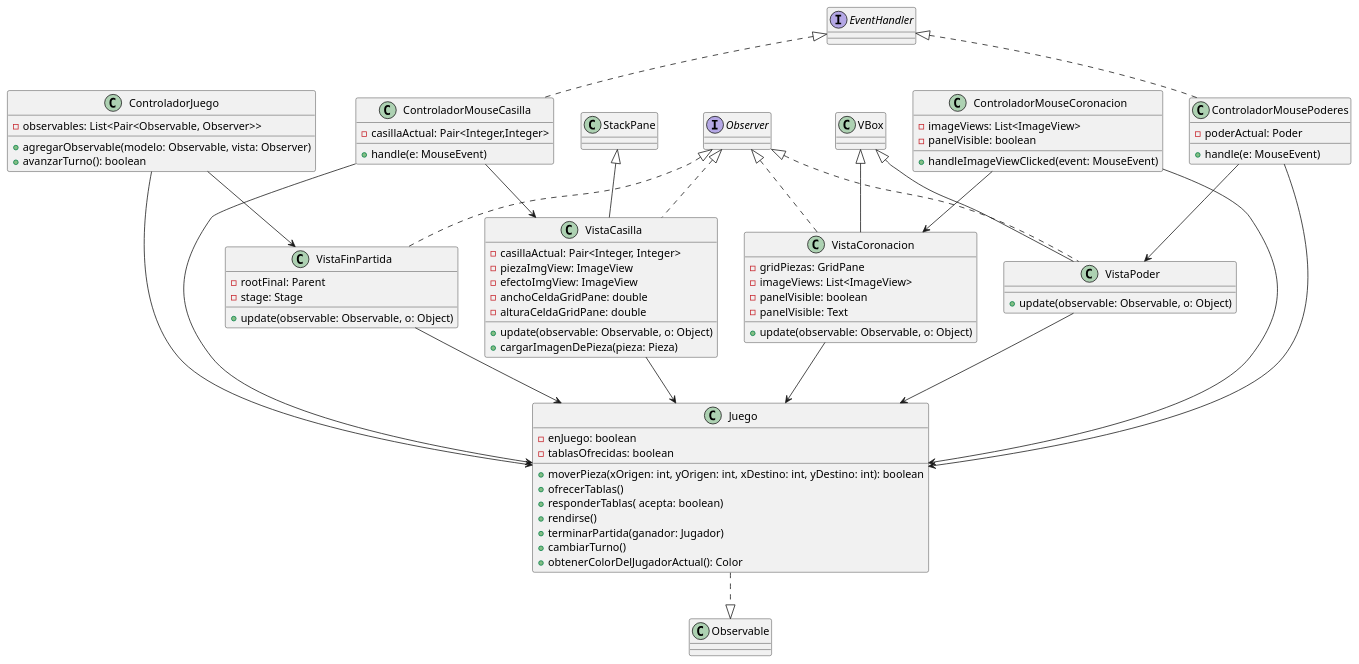
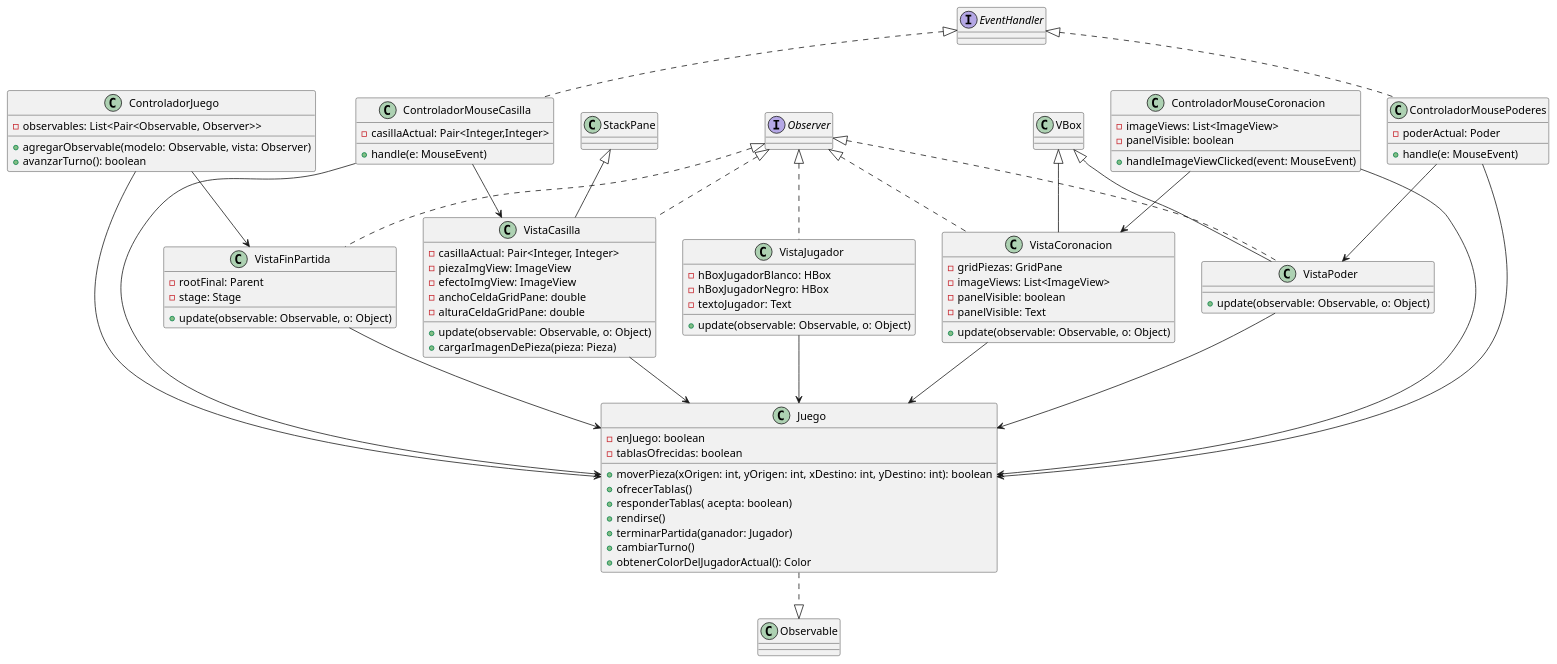
Before and after one commit to lorenzocabirta7/Object-Oriented-Ops: the diagram in PowerChess/diagrams/MVC.puml, drawn with PlantUML. The commit also changed 3 other files, not shown here.

```diff
--- a/PowerChess/diagrams/MVC.puml
+++ b/PowerChess/diagrams/MVC.puml
@@ -1,83 +1,94 @@
 @startuml
 'https://plantuml.com/class-diagram
 
 class ControladorJuego{
     - observables: List<Pair<Observable, Observer>>
     + agregarObservable(modelo: Observable, vista: Observer)
     + avanzarTurno(): boolean
 }
 
 class ControladorMouseCasilla implements EventHandler<MouseEvent>{
     - casillaActual: Pair<Integer,Integer>
     + handle(e: MouseEvent)
 }
 
 class ControladorMouseCoronacion{
     - imageViews: List<ImageView>
     - panelVisible: boolean
     + handleImageViewClicked(event: MouseEvent)
 }
 
 class ControladorMousePoderes implements EventHandler<MouseEvent> {
     - poderActual: Poder
     + handle(e: MouseEvent)
 }
 
 class VistaCasilla extends StackPane implements Observer {
     - casillaActual: Pair<Integer, Integer>
     - piezaImgView: ImageView
     - efectoImgView: ImageView
     - anchoCeldaGridPane: double
     - alturaCeldaGridPane: double
     + update(observable: Observable, o: Object)
     + cargarImagenDePieza(pieza: Pieza)
 }
 
 class VistaCoronacion extends VBox implements Observer {
     - gridPiezas: GridPane
     - imageViews: List<ImageView>
     - panelVisible: boolean
     - panelVisible: Text
     + update(observable: Observable, o: Object)
 }
 
 class VistaFinPartida implements Observer {
     - rootFinal: Parent
     - stage: Stage
     + update(observable: Observable, o: Object)
 }
 
 class VistaPoder extends VBox implements Observer {
     + update(observable: Observable, o: Object)
 }
 
 class Juego{
     - enJuego: boolean
     - tablasOfrecidas: boolean
     + moverPieza(xOrigen: int, yOrigen: int, xDestino: int, yDestino: int): boolean
     + ofrecerTablas()
     + responderTablas( acepta: boolean)
     + rendirse()
     + terminarPartida(ganador: Jugador)
     + cambiarTurno()
     + obtenerColorDelJugadorActual(): Color
 }
 
+
+class VistaJugador implements Observer{
+    - hBoxJugadorBlanco: HBox
+    - hBoxJugadorNegro: HBox
+    - textoJugador: Text
+    +update(observable: Observable, o: Object)
+
+}
+
+VistaJugador --> Juego
+
 Juego ..|> Observable
 
 VistaCasilla --> Juego
 VistaCoronacion --> Juego
 VistaFinPartida --> Juego
 VistaPoder --> Juego
 
 ControladorJuego --> Juego
 ControladorMouseCasilla --> Juego
 ControladorMouseCoronacion --> Juego
 ControladorMousePoderes --> Juego
 
 ControladorJuego --> VistaFinPartida
 ControladorMouseCasilla --> VistaCasilla
 ControladorMouseCoronacion --> VistaCoronacion
 ControladorMousePoderes --> VistaPoder
 
 @enduml
```
